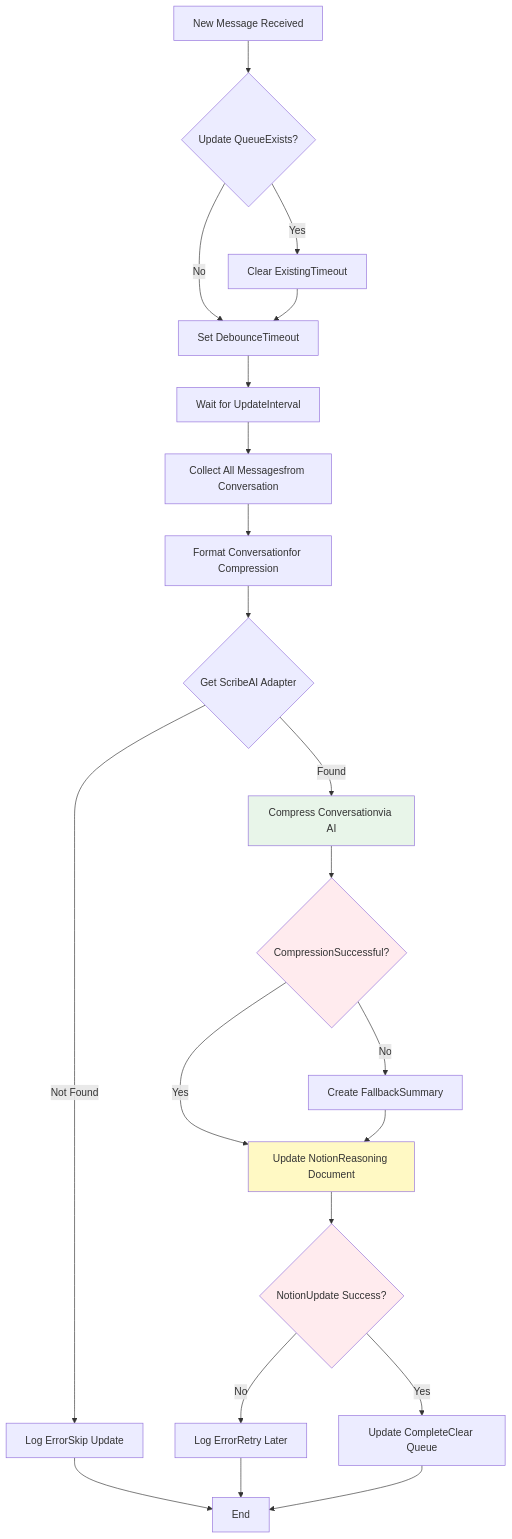
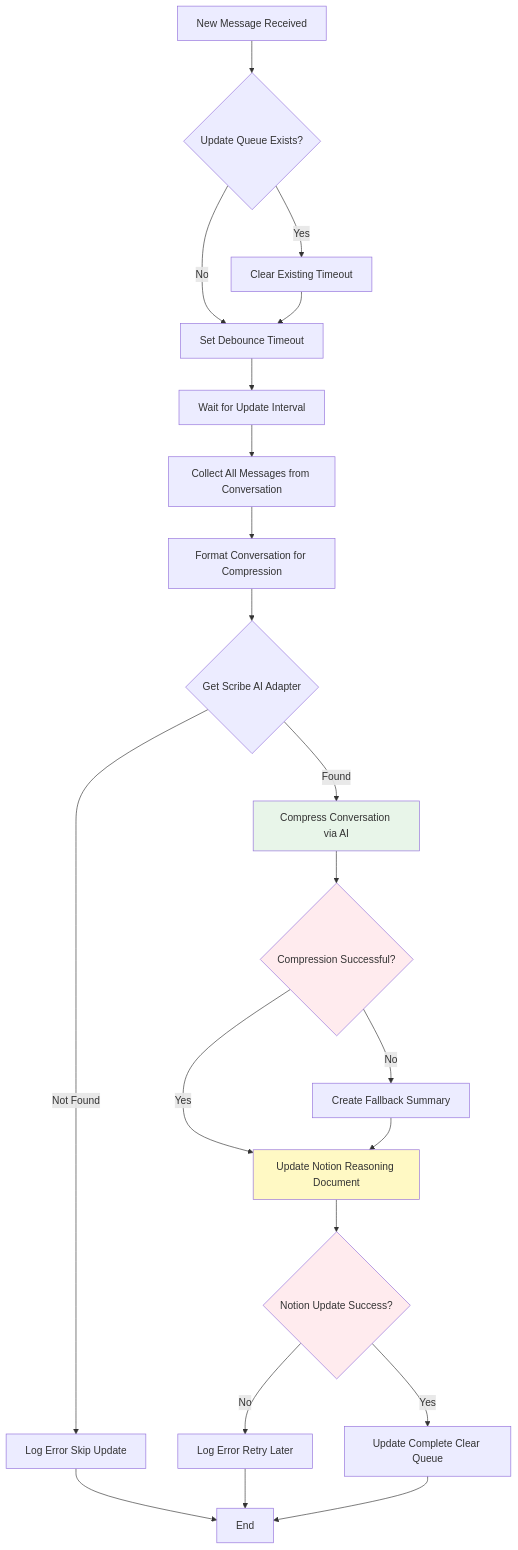
Before and after one commit to jak-pan/super-brainstorm-bot: the fifth of 16 diagrams in ARCHITECTURE.md, drawn with Mermaid. The commit also changed other lines of this file, not shown here.

Commit message:
Fix: Add missing spaces in Mermaid diagram labels after br tag removal

````diff
--- a/ARCHITECTURE.md
+++ b/ARCHITECTURE.md
@@ -329,33 +329,33 @@
 ```mermaid
 flowchart TD
-    Start[New Message Received] --> CheckQueue{Update QueueExists?}
-    CheckQueue -->|Yes| ClearTimeout[Clear ExistingTimeout]
-    CheckQueue -->|No| SetTimeout[Set DebounceTimeout]
+    Start[New Message Received] --> CheckQueue{Update Queue Exists?}
+    CheckQueue -->|Yes| ClearTimeout[Clear Existing Timeout]
+    CheckQueue -->|No| SetTimeout[Set Debounce Timeout]
     ClearTimeout --> SetTimeout
     
-    SetTimeout --> Wait[Wait for UpdateInterval]
-    Wait --> Collect[Collect All Messagesfrom Conversation]
-    Collect --> Format[Format Conversationfor Compression]
-    Format --> GetAdapter{Get ScribeAI Adapter}
+    SetTimeout --> Wait[Wait for Update Interval]
+    Wait --> Collect[Collect All Messages from Conversation]
+    Collect --> Format[Format Conversation for Compression]
+    Format --> GetAdapter{Get Scribe AI Adapter}
     
-    GetAdapter -->|Found| Compress[Compress Conversationvia AI]
-    GetAdapter -->|Not Found| LogError[Log ErrorSkip Update]
+    GetAdapter -->|Found| Compress[Compress Conversation via AI]
+    GetAdapter -->|Not Found| LogError[Log Error Skip Update]
     
-    Compress --> CheckSuccess{CompressionSuccessful?}
-    CheckSuccess -->|Yes| UpdateNotion[Update NotionReasoning Document]
-    CheckSuccess -->|No| Fallback[Create FallbackSummary]
+    Compress --> CheckSuccess{Compression Successful?}
+    CheckSuccess -->|Yes| UpdateNotion[Update Notion Reasoning Document]
+    CheckSuccess -->|No| Fallback[Create Fallback Summary]
     
     Fallback --> UpdateNotion
-    UpdateNotion --> CheckNotionSuccess{NotionUpdate Success?}
-    CheckNotionSuccess -->|Yes| Complete[Update CompleteClear Queue]
-    CheckNotionSuccess -->|No| LogNotionError[Log ErrorRetry Later]
+    UpdateNotion --> CheckNotionSuccess{Notion Update Success?}
+    CheckNotionSuccess -->|Yes| Complete[Update Complete Clear Queue]
+    CheckNotionSuccess -->|No| LogNotionError[Log Error Retry Later]
     
     LogError --> End[End]
     LogNotionError --> End
     Complete --> End
     
     style Compress fill:#e8f5e9
     style UpdateNotion fill:#fff9c4
     style CheckSuccess fill:#ffebee
     style CheckNotionSuccess fill:#ffebee
 ```
````
